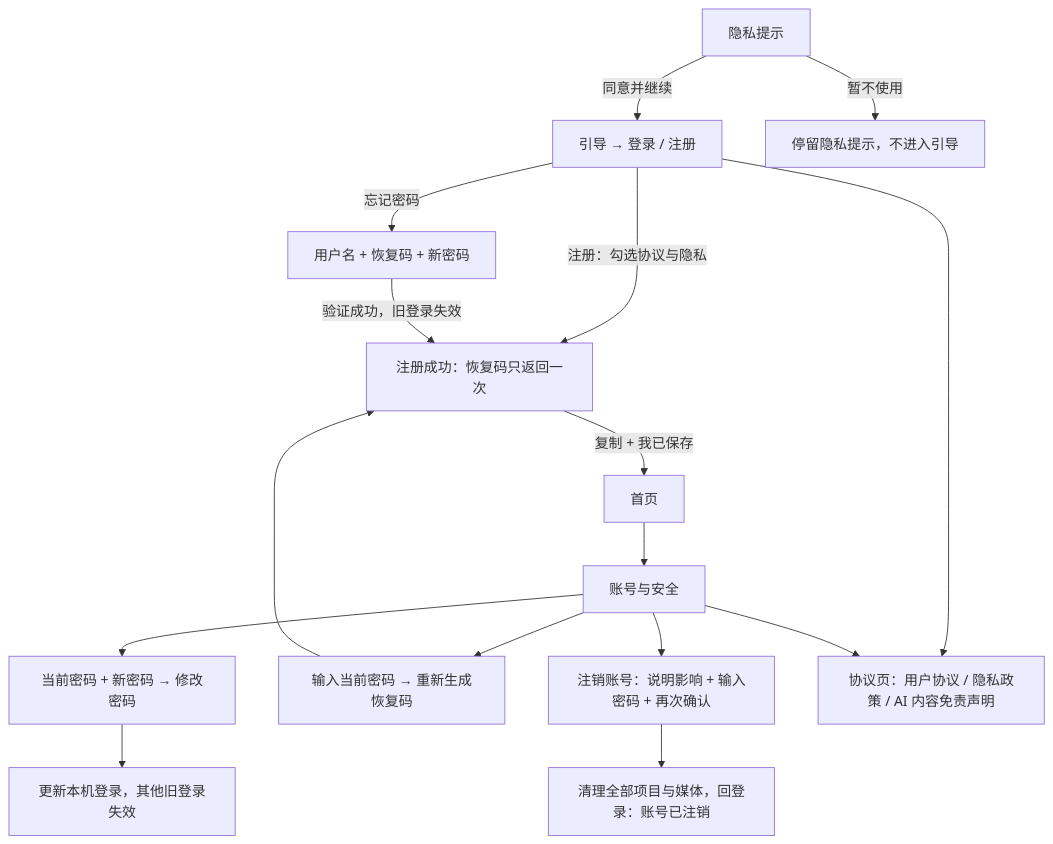
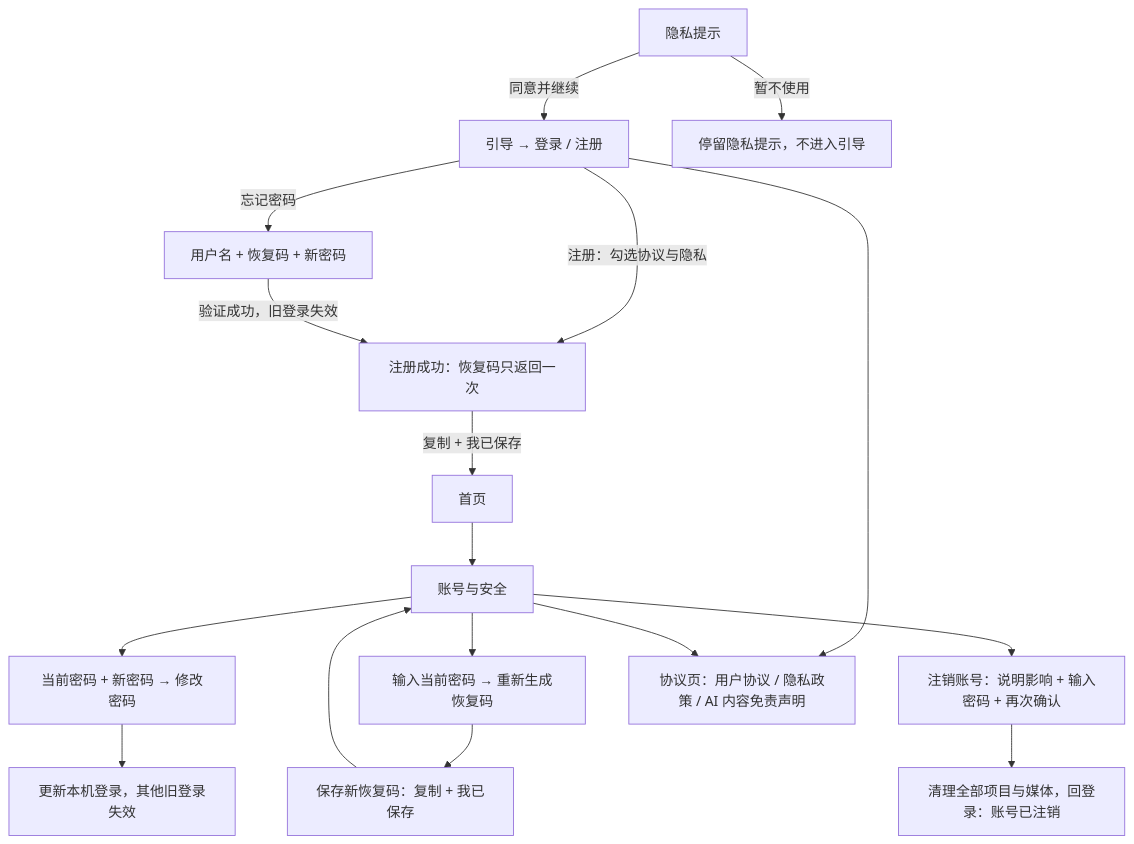
Before and after one commit to chaw1/outfit-agent: the fifth of 5 diagrams in docs/UI设计稿.md, drawn with Mermaid. The commit also changed other lines of this file and 7 other files, not shown here.

````diff
--- a/docs/UI设计稿.md
+++ b/docs/UI设计稿.md
@@ -121,18 +121,19 @@
 ```mermaid
 flowchart TD
   A[隐私提示] -->|同意并继续| B[引导 → 登录 / 注册]
   A -->|暂不使用| A0[停留隐私提示，不进入引导]
   B -->|注册：勾选协议与隐私| C[注册成功：恢复码只返回一次]
   C -->|复制 + 我已保存| D[首页]
   B -->|忘记密码| E[用户名 + 恢复码 + 新密码]
   E -->|验证成功，旧登录失效| C
   D --> F[账号与安全]
   F --> G[当前密码 + 新密码 → 修改密码]
   G --> H[更新本机登录，其他旧登录失效]
   F --> I[输入当前密码 → 重新生成恢复码]
-  I --> C
+  I --> C2[保存新恢复码：复制 + 我已保存]
+  C2 --> F
   F --> J[注销账号：说明影响 + 输入密码 + 再次确认]
   J --> K[清理全部项目与媒体，回登录：账号已注销]
   B --> L[协议页：用户协议 / 隐私政策 / AI 内容免责声明]
   F --> L
 ```
````
